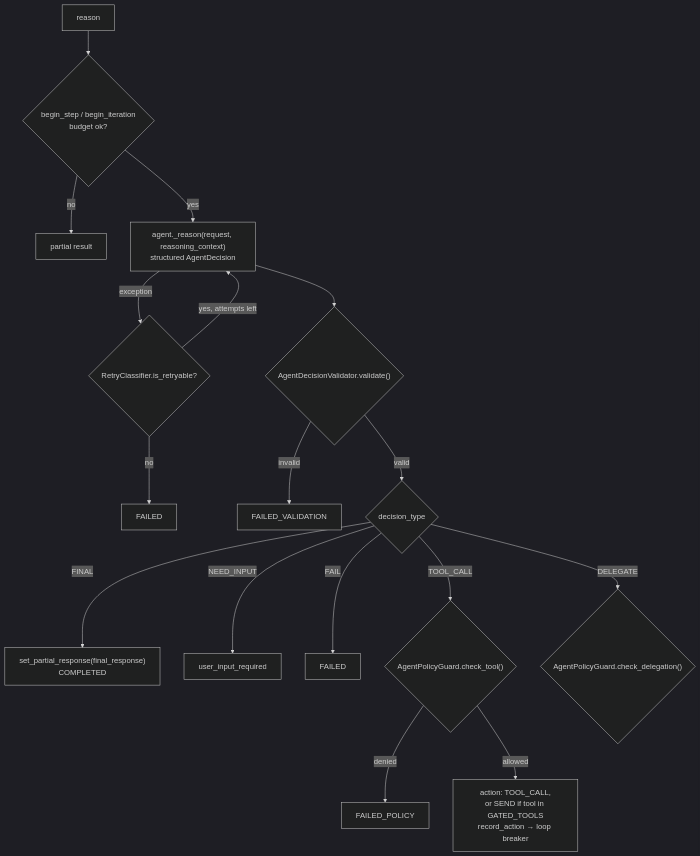
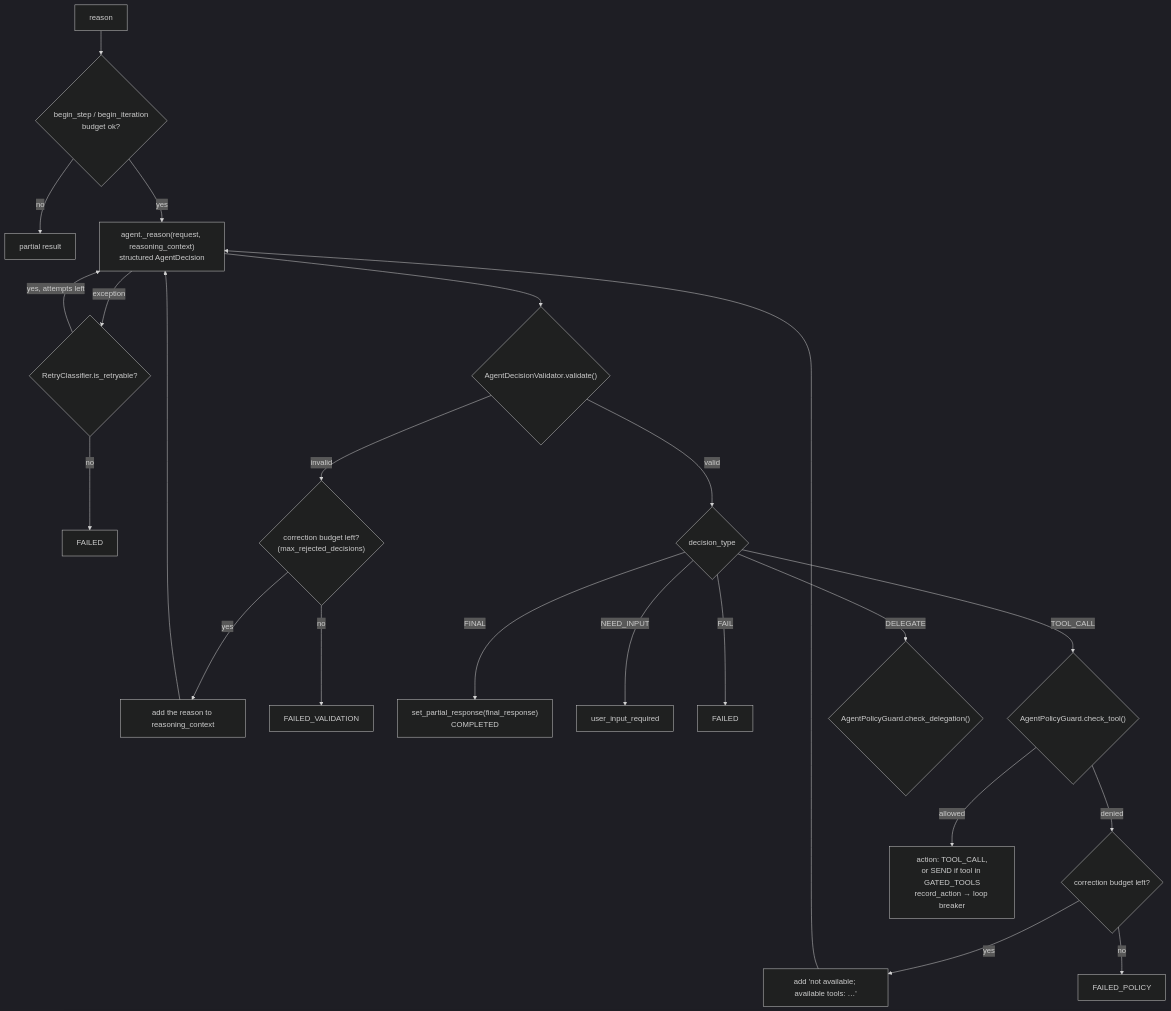
One commit to bharatkse/juris-ai changed the first of 2 diagrams in server/src/agentic/agents/runtime/README.md. Above: the diagram before and after it, drawn with Mermaid (dark theme). The commit also changed other lines of this file and 59 other files, not shown here.

````diff
--- a/server/src/agentic/agents/runtime/README.md
+++ b/server/src/agentic/agents/runtime/README.md
@@ -23,19 +23,23 @@
 ```mermaid
 flowchart TD
     S[reason] --> B1{"begin_step / begin_iteration<br/>budget ok?"}
     B1 -->|no| PART[partial result]
     B1 -->|yes| R["agent._reason(request, reasoning_context)<br/>structured AgentDecision"]
     R -->|exception| RC{"RetryClassifier.is_retryable?"}
     RC -->|yes, attempts left| R
     RC -->|no| FAILR[FAILED]
     R --> V{"AgentDecisionValidator.validate()"}
-    V -->|invalid| FAILV["FAILED_VALIDATION"]
+    V -->|invalid| CV{"correction budget left?<br/>(max_rejected_decisions)"}
+    CV -->|yes| FBV["add the reason to reasoning_context"] --> R
+    CV -->|no| FAILV["FAILED_VALIDATION"]
     V -->|valid| D{decision_type}
     D -->|FINAL| F["set_partial_response(final_response)<br/>COMPLETED"]
     D -->|NEED_INPUT| NI[user_input_required]
     D -->|FAIL| FL[FAILED]
     D -->|TOOL_CALL| P{"AgentPolicyGuard.check_tool()"}
-    P -->|denied| FP["FAILED_POLICY"]
+    P -->|denied| CP{"correction budget left?"}
+    CP -->|yes| FBP["add 'not available; available tools: …'"] --> R
+    CP -->|no| FP["FAILED_POLICY"]
     P -->|allowed| ACT["action: TOOL_CALL,<br/>or SEND if tool in GATED_TOOLS<br/>record_action → loop breaker"]
     D -->|DELEGATE| PD{"AgentPolicyGuard.check_delegation()"}
 ```
````
